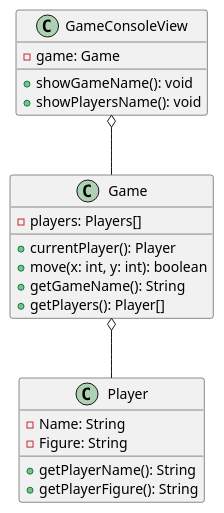
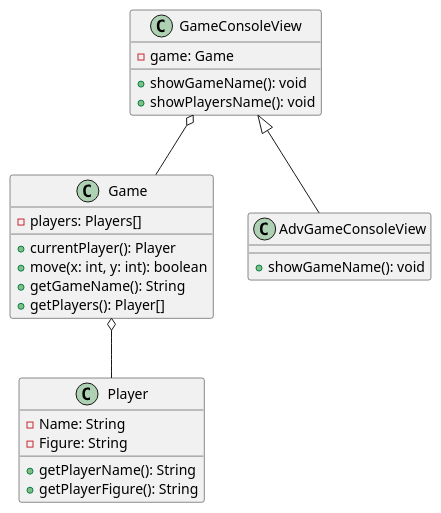
Before and after one commit to tuchanemo/XO: the diagram in src/io/hexlet/java/m101/xo/xouml.puml, drawn with PlantUML. The commit also changed 3 other files, not shown here.

```diff
--- a/src/io/hexlet/java/m101/xo/xouml.puml
+++ b/src/io/hexlet/java/m101/xo/xouml.puml
@@ -1,26 +1,31 @@
 @startuml
 GameConsoleView o-- Game
 Game o-- Player
+GameConsoleView <|-- AdvGameConsoleView
 
 class Player {
 -Name: String
 -Figure: String
 +getPlayerName(): String
 +getPlayerFigure(): String
 }
 
 class Game {
 -players: Players[]
 +currentPlayer(): Player
 +move(x: int, y: int): boolean
 +getGameName(): String
 +getPlayers(): Player[]
 }
 
 class GameConsoleView {
 -game: Game
 +showGameName(): void
 +showPlayersName(): void
 }
 
+class AdvGameConsoleView {
++showGameName(): void
+}
+
 @enduml
```
